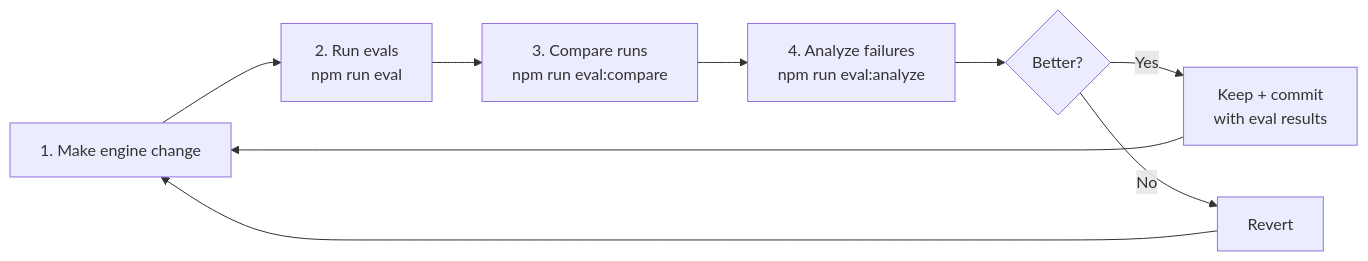
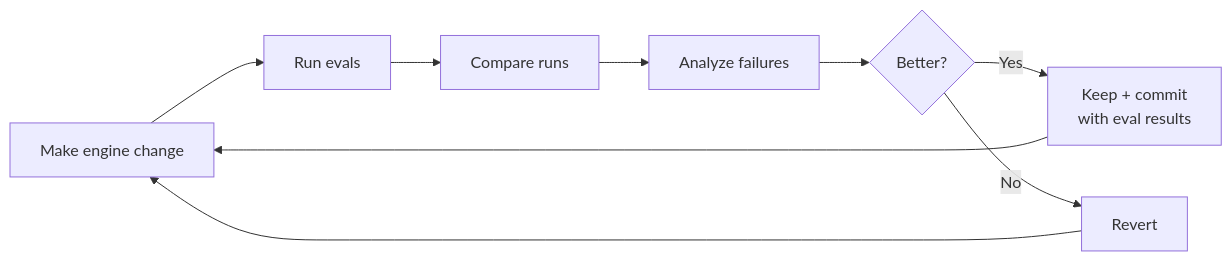
The ninth of 11 diagrams in docs/TECHNICAL-REVIEW-PACKET.md (stopitdan/recommendagame), drawn with Mermaid before and after one commit. The commit also changed other lines of this file and 1 other file, not shown here.

First line of the commit message:
Fix mermaid: remove numbered prefixes that HackMD parses as markdown lists

````diff
--- a/docs/TECHNICAL-REVIEW-PACKET.md
+++ b/docs/TECHNICAL-REVIEW-PACKET.md
@@ -509,14 +509,14 @@
 ```mermaid
 flowchart LR
-    CHANGE["1. Make engine change"]
-    RUN["2. Run evals<br/>npm run eval"]
-    COMPARE["3. Compare runs<br/>npm run eval:compare"]
-    ANALYZE["4. Analyze failures<br/>npm run eval:analyze"]
+    CHANGE["Make engine change"]
+    RUN["Run evals"]
+    COMPARE["Compare runs"]
+    ANALYZE["Analyze failures"]
     DECIDE{"Better?"}
     KEEP["Keep + commit<br/>with eval results"]
     REVERT["Revert"]
 
     CHANGE --> RUN --> COMPARE --> ANALYZE --> DECIDE
     DECIDE -->|"Yes"| KEEP --> CHANGE
     DECIDE -->|"No"| REVERT --> CHANGE
 ```
````
